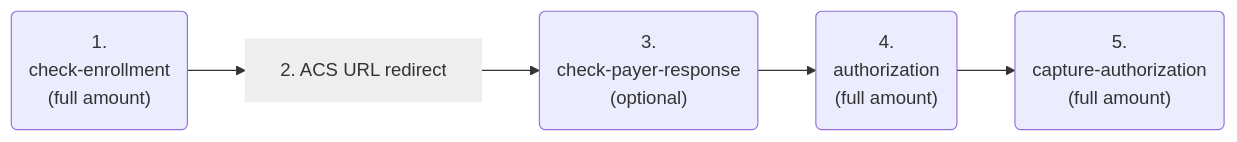
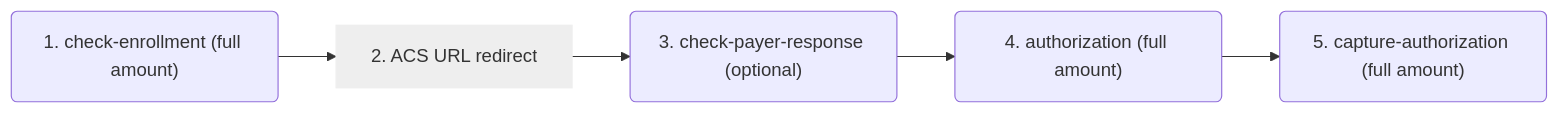
Before and after one commit to wirecard/merchant-documentation-gateway: the fifth of 17 diagrams in 11-01-09-three-d-secure-two-payment-flows.adoc, drawn with Mermaid. The commit also changed other lines of this file and 1 other file, not shown here.

Commit message:
Update diagrams

```diff
--- a/11-01-09-three-d-secure-two-payment-flows.adoc
+++ b/11-01-09-three-d-secure-two-payment-flows.adoc
@@ -693,10 +693,10 @@
 [mermaid,API_CC_3DS2_PaymentFlows_FirstPaymentCICheckout_SubsequentOptionTwo,svg,width=60]
 ----
 graph LR
-A("<center>1.<br>check-enrollment<br>(full amount)</center>")-->B
-B["<center>2. ACS URL redirect</center>"]-->C
-C("<center>3.<br>check-payer-response<br>(optional)</center>")-->D
-D("<center>4.<br>authorization<br>(full amount)</center>")-->E
-E("<center>5.<br>capture-authorization<br>(full amount)</center>")
+A("1. check-enrollment (full amount)")-->B
+B["2. ACS URL redirect"]-->C
+C("3. check-payer-response (optional)")-->D
+D("4. authorization (full amount)")-->E
+E("5. capture-authorization (full amount)")
 style B fill:#eee, stroke:#eee
 ----
```
